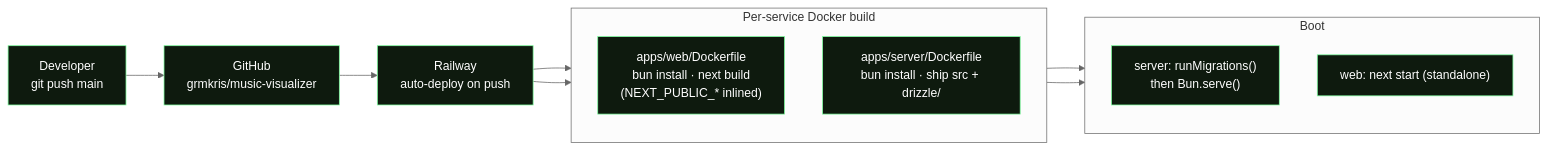
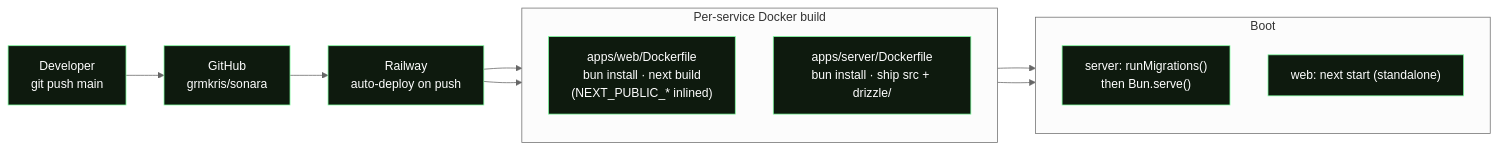
One commit to grmkris/sonara changed the ninth of 13 diagrams in INFRASTRUCTURE.md. Above: the diagram before and after it, drawn with Mermaid (neutral theme). The commit also changed other lines of this file and 161 other files, not shown here.

First line of the commit message:
chore: rename project music-visualizer / dream → sonara

````diff
--- a/INFRASTRUCTURE.md
+++ b/INFRASTRUCTURE.md
@@ -300,25 +300,25 @@
 ```mermaid
 flowchart LR
     Dev["Developer<br/>git push main"]
-    GH["GitHub<br/>grmkris/music-visualizer"]
+    GH["GitHub<br/>grmkris/sonara"]
     RW["Railway<br/>auto-deploy on push"]
 
     subgraph Build["Per-service Docker build"]
         direction TB
         BWeb["apps/web/Dockerfile<br/>bun install · next build<br/>(NEXT_PUBLIC_* inlined)"]
         BSrv["apps/server/Dockerfile<br/>bun install · ship src + drizzle/"]
     end
 
     subgraph Run["Boot"]
         direction TB
         RSrv["server: runMigrations()<br/>then Bun.serve()"]
         RWeb["web: next start (standalone)"]
     end
 
     Dev --> GH --> RW
     RW --> BWeb --> RWeb
     RW --> BSrv --> RSrv
 
     classDef step fill:#0e1a0e,stroke:#7fff9f,color:#fff
     class Dev,GH,RW,BWeb,BSrv,RSrv,RWeb step
 ```
````
